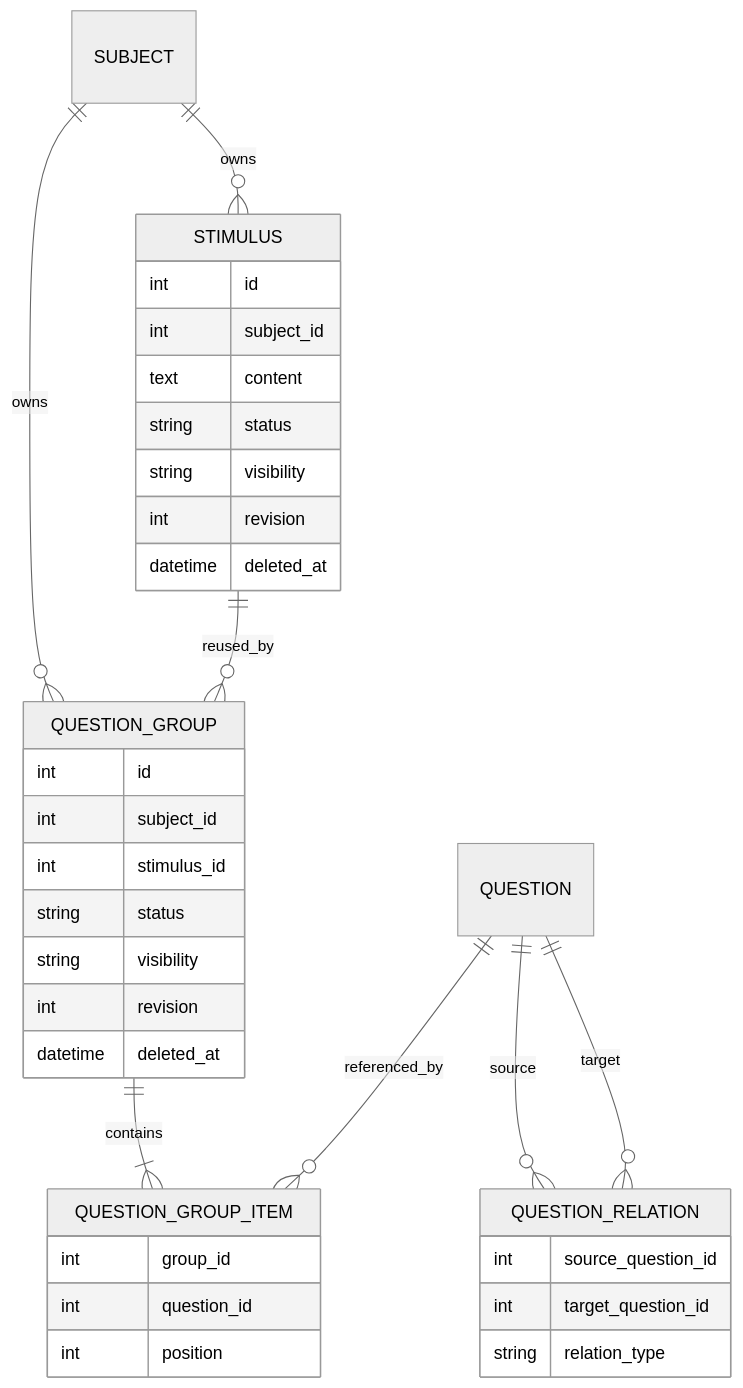
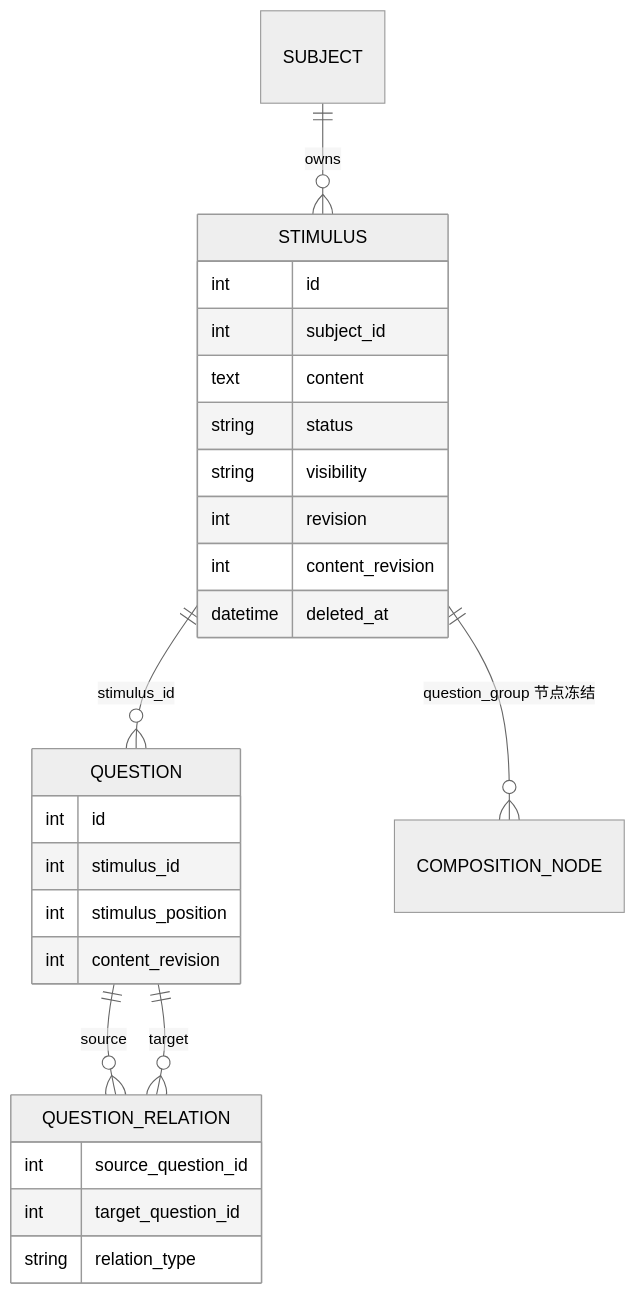
The diagram in docs/development/humanities-question-groups.md (gygy-open/question-bank), drawn with Mermaid (neutral theme) before and after one commit. The commit also changed other lines of this file and 125 other files, not shown here.

````diff
--- a/docs/development/humanities-question-groups.md
+++ b/docs/development/humanities-question-groups.md
@@ -60,42 +34,32 @@
 ```mermaid
 erDiagram
     SUBJECT ||--o{ STIMULUS : owns
-    SUBJECT ||--o{ QUESTION_GROUP : owns
-    STIMULUS ||--o{ QUESTION_GROUP : reused_by
-    QUESTION_GROUP ||--|{ QUESTION_GROUP_ITEM : contains
-    QUESTION ||--o{ QUESTION_GROUP_ITEM : referenced_by
+    STIMULUS ||--o{ QUESTION : "stimulus_id"
     QUESTION ||--o{ QUESTION_RELATION : source
     QUESTION ||--o{ QUESTION_RELATION : target
+    STIMULUS ||--o{ COMPOSITION_NODE : "question_group 节点冻结"
 
     STIMULUS {
         int id
         int subject_id
         text content
         string status
         string visibility
         int revision
+        int content_revision
         datetime deleted_at
     }
 
-    QUESTION_GROUP {
+    QUESTION {
         int id
-        int subject_id
         int stimulus_id
-        string status
-        string visibility
-        int revision
-        datetime deleted_at
-    }
-
-    QUESTION_GROUP_ITEM {
-        int group_id
-        int question_id
-        int position
+        int stimulus_position
+        int content_revision
     }
 
     QUESTION_RELATION {
         int source_question_id
         int target_question_id
         string relation_type
     }
 ```
````
